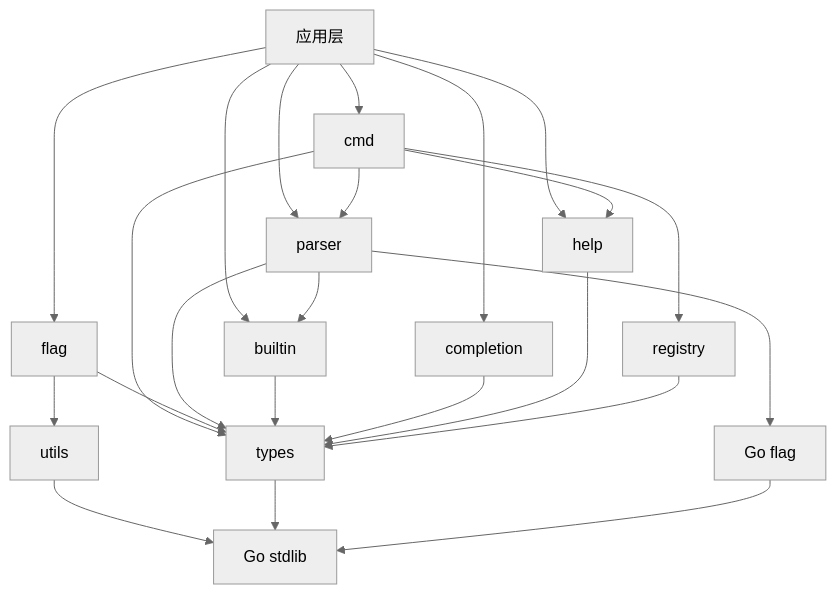
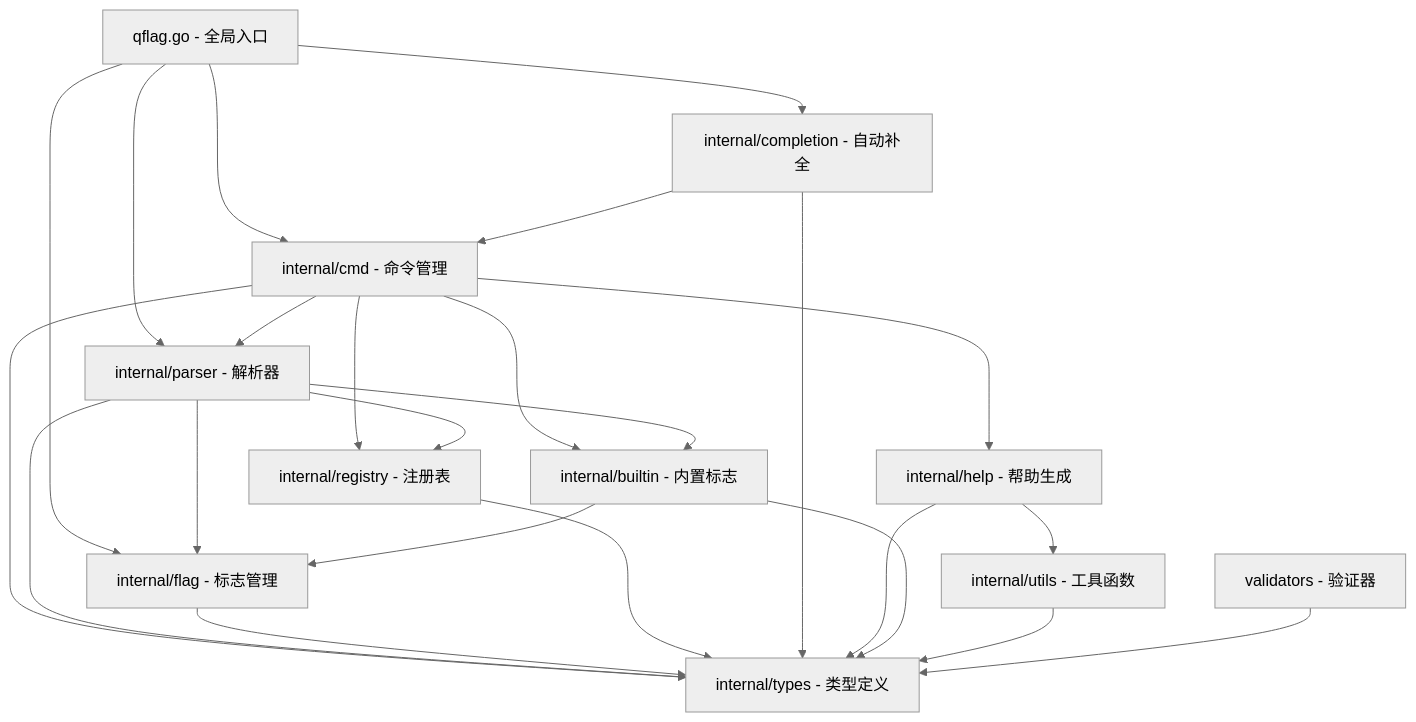
Before and after one commit to QiaoMuDe/qflag: the first of 5 diagrams in docs/qflag-analysis.md, drawn with Mermaid (neutral theme). The commit also changed other lines of this file and 13 other files, not shown here.

````diff
--- a/docs/qflag-analysis.md
+++ b/docs/qflag-analysis.md
@@ -168,33 +420,35 @@
 ```mermaid
 graph TD
-    A[应用层] --> B[cmd]
-    A --> C[flag]
-    A --> D[parser]
-    A --> E[builtin]
-    A --> F[completion]
-    A --> G[help]
+    A[qflag.go - 全局入口] --> B[internal/cmd - 命令管理]
+    A --> C[internal/parser - 解析器]
+    A --> D[internal/flag - 标志管理]
+    A --> E[internal/completion - 自动补全]
     
-    B --> H[types]
-    B --> I[registry]
-    B --> D
-    B --> G
+    B --> F[internal/types - 类型定义]
+    B --> G[internal/registry - 注册表]
+    B --> C
+    B --> H[internal/help - 帮助生成]
+    B --> I[internal/builtin - 内置标志]
     
-    C --> H
-    C --> J[utils]
+    C --> F
+    C --> G
+    C --> I
+    C --> D
     
-    D --> H
-    D --> E
-    D --> K[Go flag]
+    D --> F
     
-    E --> H
+    G --> F
     
-    F --> H
+    E --> F
+    E --> B
     
-    G --> H
+    H --> F
+    H --> J[internal/utils - 工具函数]
     
-    I --> H
+    I --> D
+    I --> F
     
-    J --> L[Go stdlib]
-    H --> L
-    K --> L
+    J --> F
+    
+    K[validators - 验证器] --> F
 ```
````
